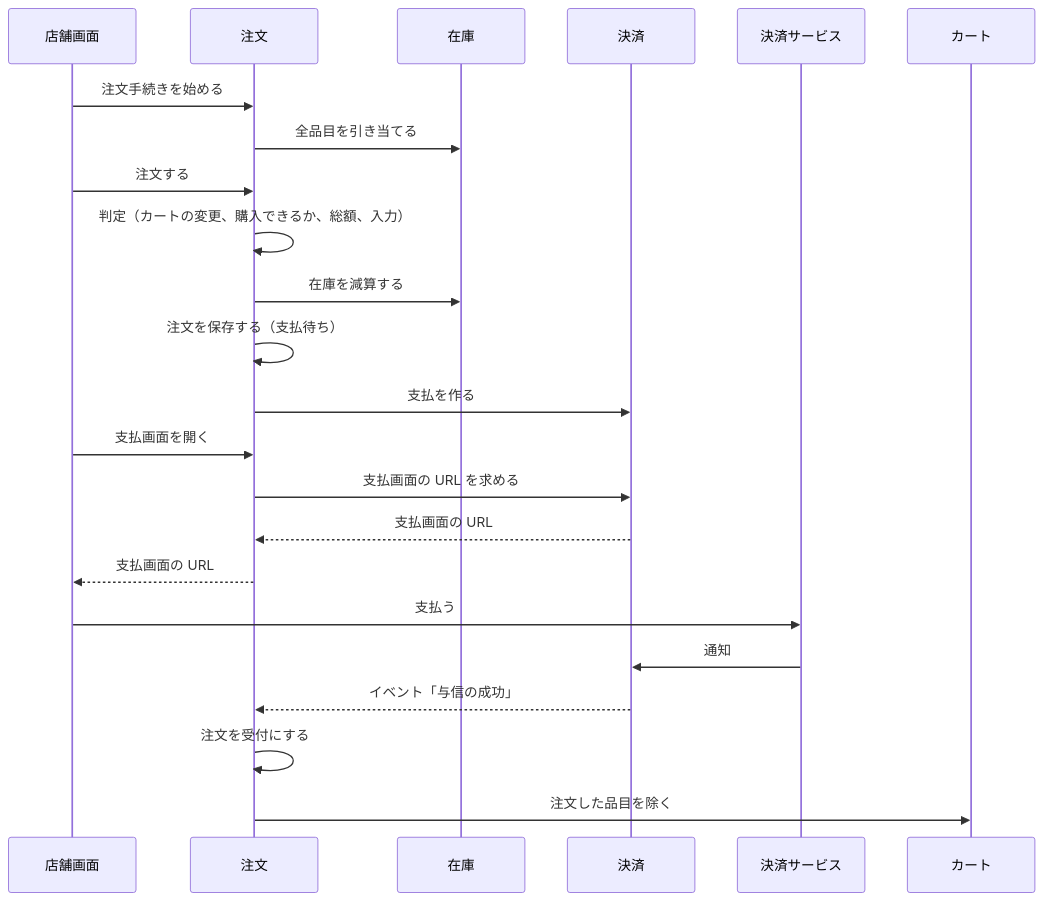
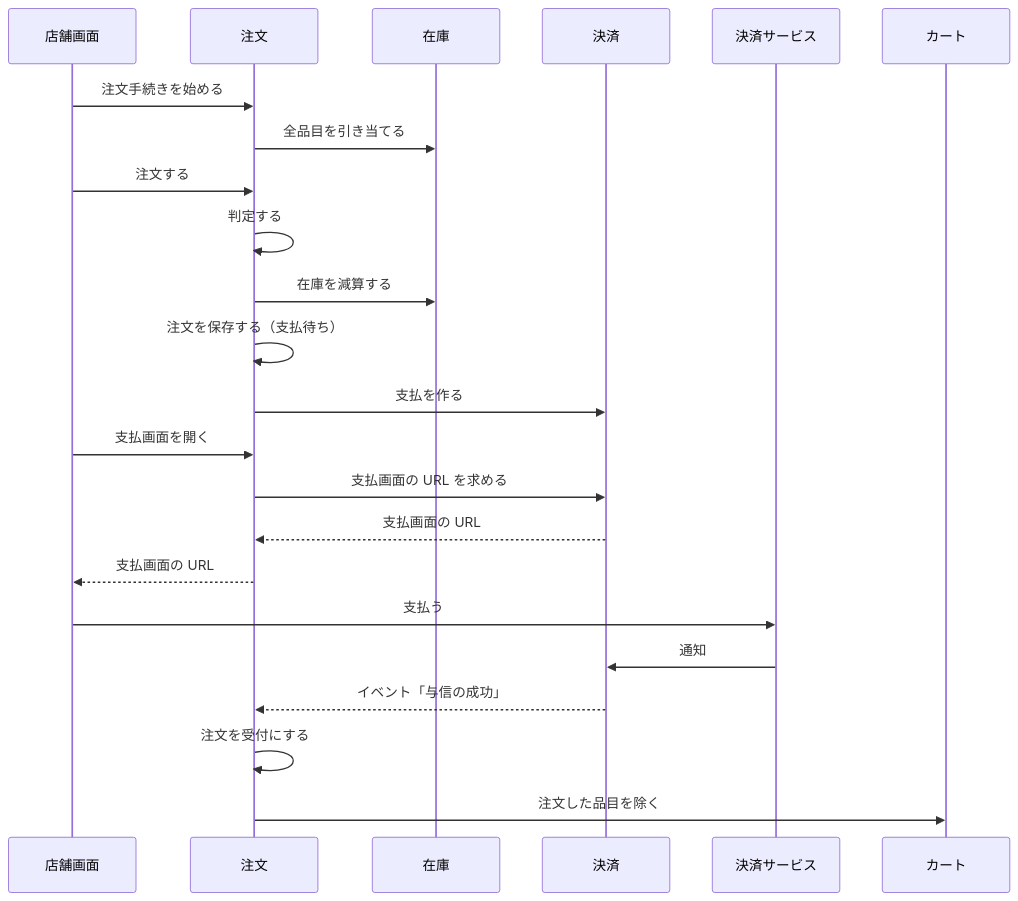
Before and after one commit to roger88106/ec-site: the first of 2 diagrams in docs/02-設計/order.md, drawn with Mermaid. The commit also changed other lines of this file and 2 other files, not shown here.

````diff
--- a/docs/02-設計/order.md
+++ b/docs/02-設計/order.md
@@ -26,25 +26,25 @@
 ```mermaid
 sequenceDiagram
     participant U as 店舗画面
     participant O as 注文
     participant I as 在庫
     participant P as 決済
     participant G as 決済サービス
     participant C as カート
     U->>O: 注文手続きを始める
     O->>I: 全品目を引き当てる
     U->>O: 注文する
-    O->>O: 判定（カートの変更、購入できるか、総額、入力）
+    O->>O: 判定する
     O->>I: 在庫を減算する
     O->>O: 注文を保存する（支払待ち）
     O->>P: 支払を作る
     U->>O: 支払画面を開く
     O->>P: 支払画面の URL を求める
     P-->>O: 支払画面の URL
     O-->>U: 支払画面の URL
     U->>G: 支払う
     G->>P: 通知
     P-->>O: イベント「与信の成功」
     O->>O: 注文を受付にする
     O->>C: 注文した品目を除く
 ```
````
